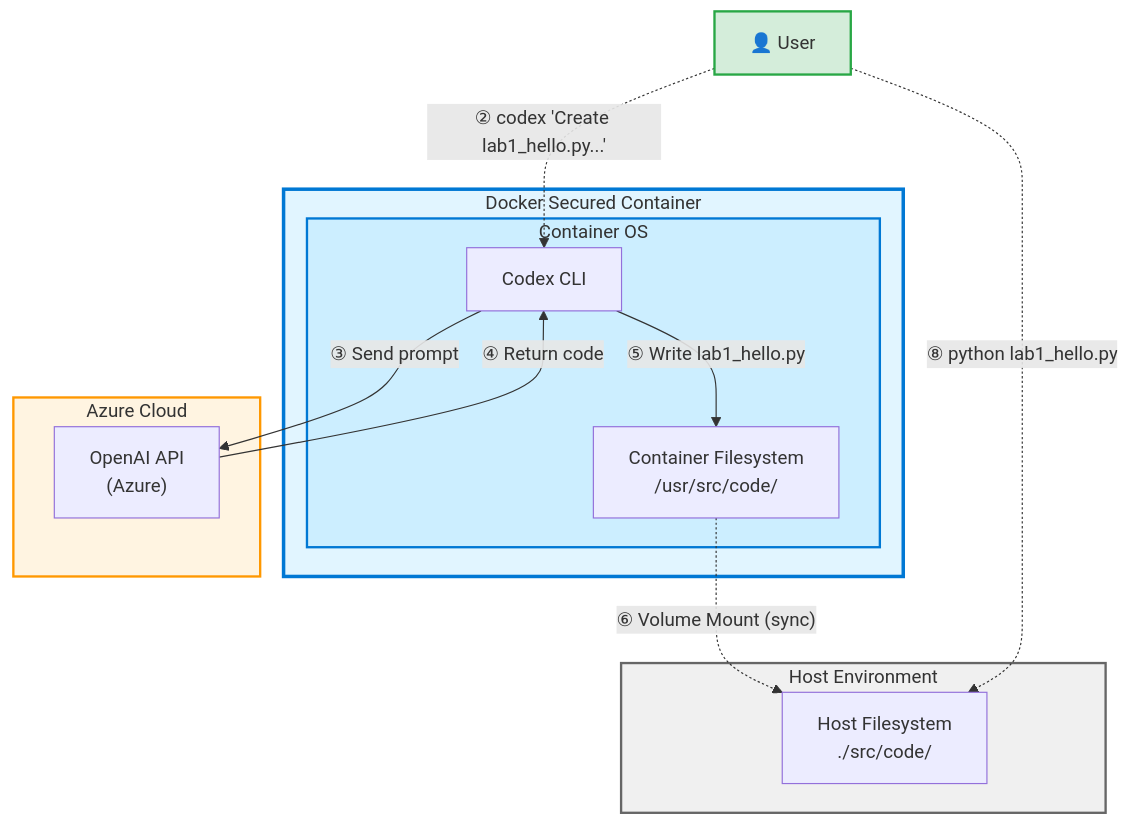
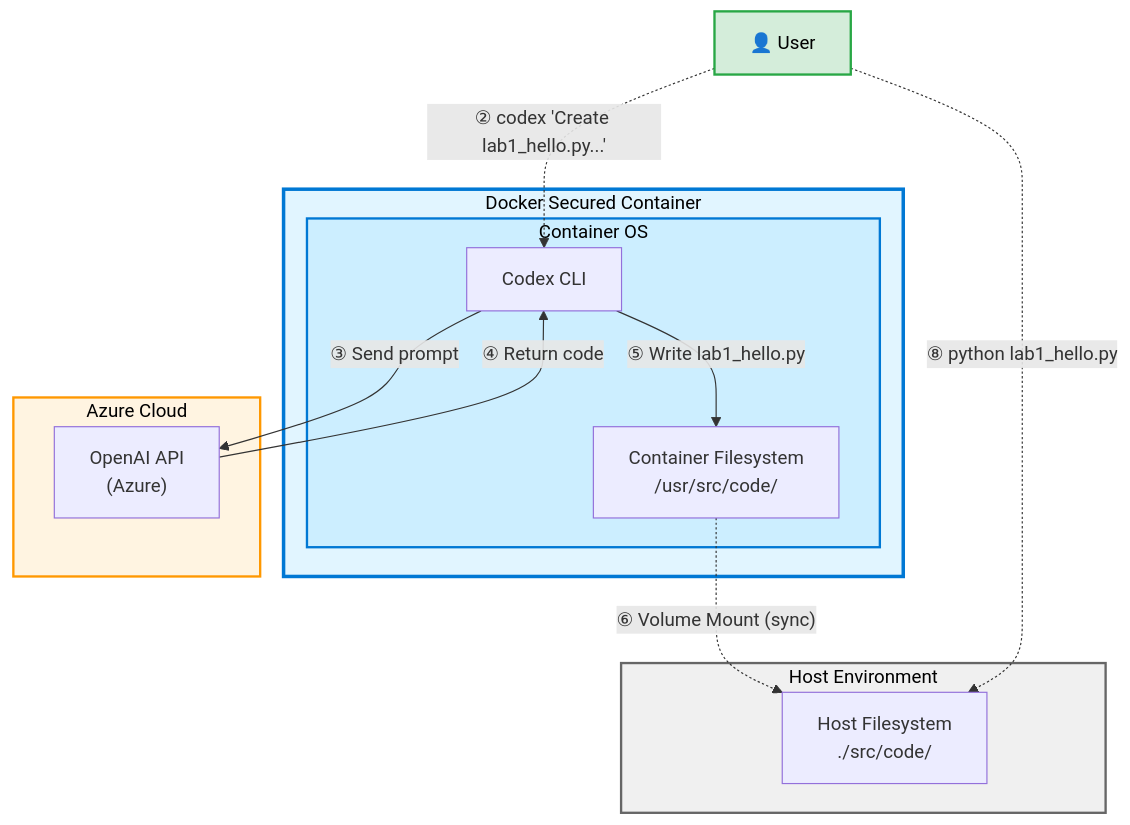
Before and after one commit to jakeatmsft/codex-launch: the diagram in labs/lab1-hello-world.md, drawn with Mermaid. The commit also changed 4 other files, not shown here.

Commit message:
updated contrast on diagrams

````diff
--- a/labs/lab1-hello-world.md
+++ b/labs/lab1-hello-world.md
@@ -7,32 +7,32 @@
 ```mermaid
 graph TB
     User["👤 User"]
     
     subgraph Host["Host Environment"]
         HostFS["Host Filesystem<br/>./src/code/"]
     end
     
     subgraph Docker["Docker Secured Container"]
         subgraph ContainerOS["Container OS"]
             Codex["Codex CLI"]
             ContainerFS["Container Filesystem<br/>/usr/src/code/"]
         end
     end
     
     subgraph Cloud["Azure Cloud"]
         OpenAI["OpenAI API<br/>(Azure)"]
     end
     
     User -.->|"② codex 'Create lab1_hello.py...'"| Codex
     Codex -->|"③ Send prompt"| OpenAI
     OpenAI -->|"④ Return code"| Codex
     Codex -->|"⑤ Write lab1_hello.py"| ContainerFS
     ContainerFS -.->|"⑥ Volume Mount (sync)"| HostFS
     User -.->|"⑧ python lab1_hello.py"| HostFS
     
-    style Docker fill:#e1f5ff,stroke:#0078d4,stroke-width:3px
-    style Host fill:#f0f0f0,stroke:#666,stroke-width:2px
-    style Cloud fill:#fff4e1,stroke:#ff9800,stroke-width:2px
-    style ContainerOS fill:#cceeff,stroke:#0078d4,stroke-width:2px
-    style User fill:#d4edda,stroke:#28a745,stroke-width:2px
+    style Docker fill:#e1f5ff,stroke:#0078d4,stroke-width:3px,color:#000
+    style Host fill:#f0f0f0,stroke:#666,stroke-width:2px,color:#000
+    style Cloud fill:#fff4e1,stroke:#ff9800,stroke-width:2px,color:#000
+    style ContainerOS fill:#cceeff,stroke:#0078d4,stroke-width:2px,color:#000
+    style User fill:#d4edda,stroke:#28a745,stroke-width:2px,color:#000
 ```
````
